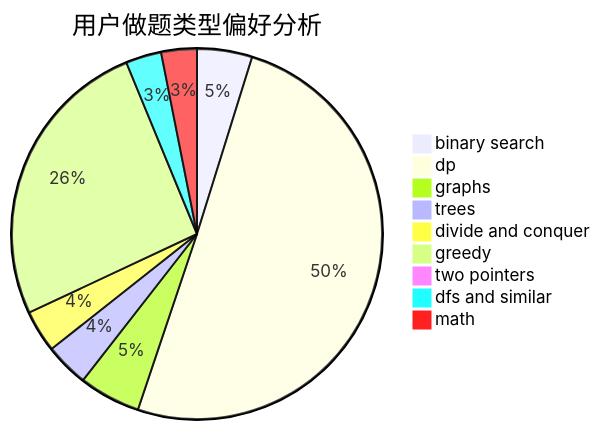
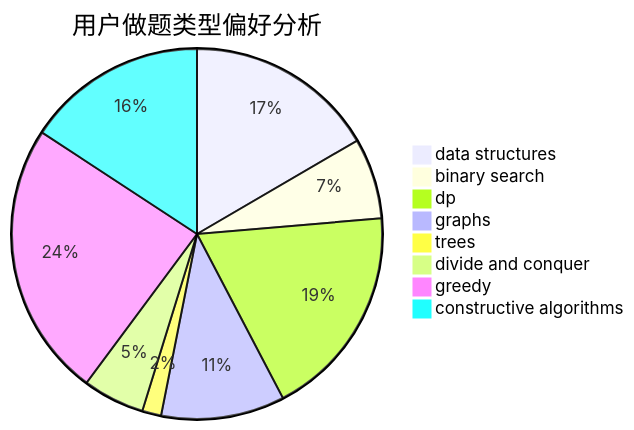
One commit to sherpahu/cfrs.github.io changed the second of 3 diagrams in docs/user/u2185.md. Above: the diagram before and after it, drawn with Mermaid. The commit also changed other lines of this file and 2775 other files, not shown here.

````diff
--- a/docs/user/u2185.md
+++ b/docs/user/u2185.md
@@ -23,12 +23,11 @@
 ```mermaid
 pie title 用户做题类型偏好分析
-    "binary search" :  34
-    "dp" :  356
-    "graphs" :  38
-    "trees" :  27
-    "divide and conquer" :  26
-    "greedy" :  182
-    "two pointers" :  3
-    "dfs and similar" :  22
-    "math" :  22
+    "data structures" :  40
+    "binary search" :  17
+    "dp" :  45
+    "graphs" :  26
+    "trees" :  4
+    "divide and conquer" :  13
+    "greedy" :  58
+    "constructive algorithms" :  38
 ```
````
